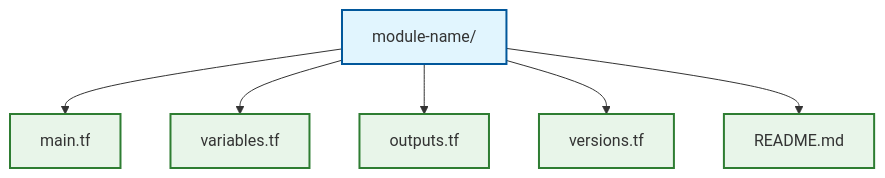
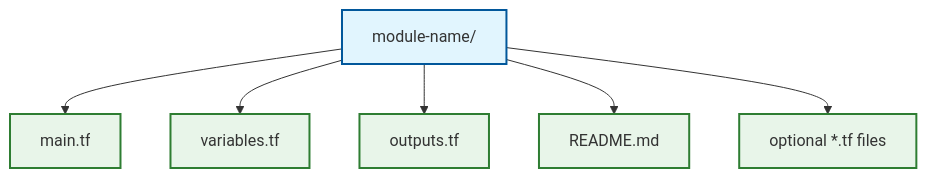
Before and after one commit to asanexample/platform: the second of 5 diagrams in infra/docs/03-infrastructure-as-code.md, drawn with Mermaid. The commit also changed other lines of this file, not shown here.

First line of the commit message:
docs: update Infrastructure as Code documentation with current architecture

````diff
--- a/infra/docs/03-infrastructure-as-code.md
+++ b/infra/docs/03-infrastructure-as-code.md
@@ -92,15 +149,15 @@
 ```mermaid
 graph TD
     module[module-name/] --> main[main.tf]
     module --> variables[variables.tf]
     module --> outputs[outputs.tf]
-    module --> versions[versions.tf]
     module --> readme[README.md]
+    module --> optional[optional *.tf files]
     
     classDef default fill:#f9f9f9,stroke:#333,stroke-width:1px;
     classDef folder fill:#e1f5fe,stroke:#01579b,stroke-width:2px;
     classDef file fill:#e8f5e9,stroke:#2e7d32,stroke-width:2px;
     
     class module folder;
-    class main,variables,outputs,versions,readme file;
+    class main,variables,outputs,readme,optional file;
 ```
````
